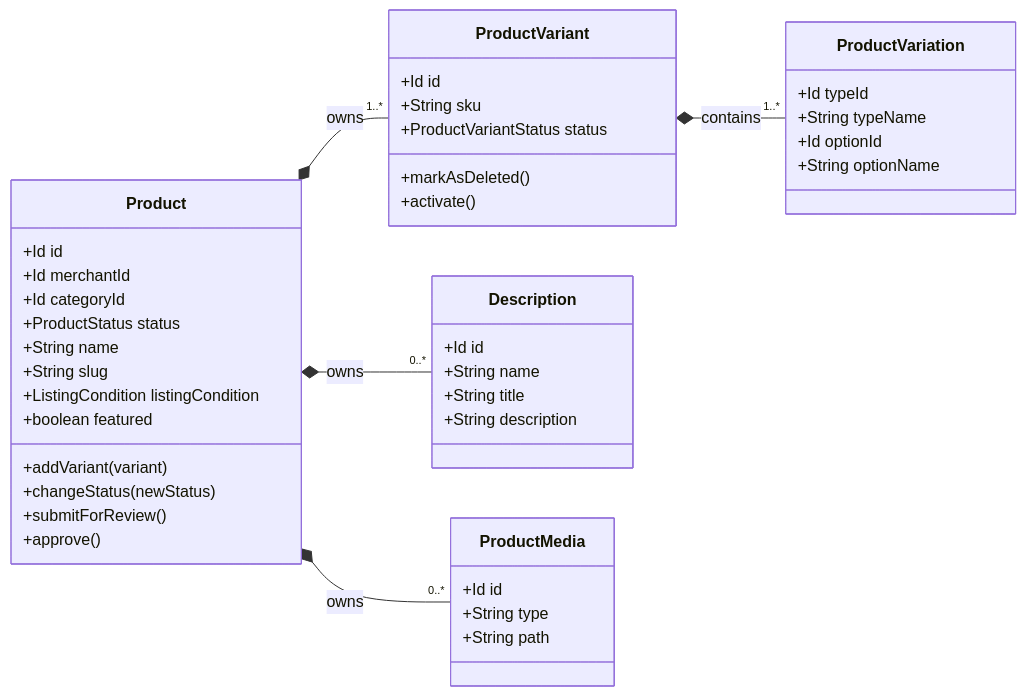
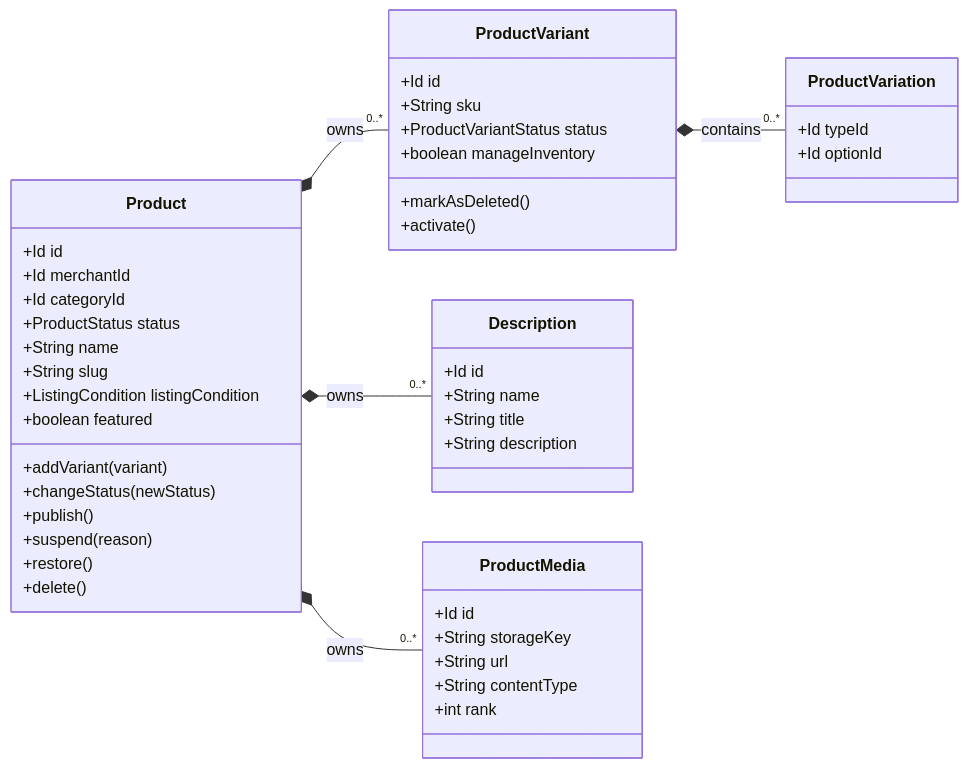
Before and after one commit to khinemyaezin/grab: the second of 3 diagrams in docs/spec/domain/catalog/architecture/product-domain-spec.md, drawn with Mermaid. The commit also changed other lines of this file and 47 other files, not shown here.

````diff
--- a/docs/spec/domain/catalog/architecture/product-domain-spec.md
+++ b/docs/spec/domain/catalog/architecture/product-domain-spec.md
@@ -70,52 +71,55 @@
 ```mermaid
 classDiagram
     direction LR
 
     class Product {
         +Id id
         +Id merchantId
         +Id categoryId
         +ProductStatus status
         +String name
         +String slug
         +ListingCondition listingCondition
         +boolean featured
         +addVariant(variant)
         +changeStatus(newStatus)
-        +submitForReview()
-        +approve()
+        +publish()
+        +suspend(reason)
+        +restore()
+        +delete()
     }
 
     class ProductVariant {
         +Id id
         +String sku
         +ProductVariantStatus status
+        +boolean manageInventory
         +markAsDeleted()
         +activate()
     }
 
     class ProductVariation {
         +Id typeId
-        +String typeName
         +Id optionId
-        +String optionName
     }
-    
+
     class Description {
         +Id id
         +String name
         +String title
         +String description
     }
-    
+
     class ProductMedia {
         +Id id
-        +String type
-        +String path
+        +String storageKey
+        +String url
+        +String contentType
+        +int rank
     }
 
-    Product *-- "1..*" ProductVariant : owns
+    Product *-- "0..*" ProductVariant : owns
     Product *-- "0..*" Description : owns
     Product *-- "0..*" ProductMedia : owns
-    ProductVariant *-- "1..*" ProductVariation : contains
+    ProductVariant *-- "0..*" ProductVariation : contains
 ```
````
